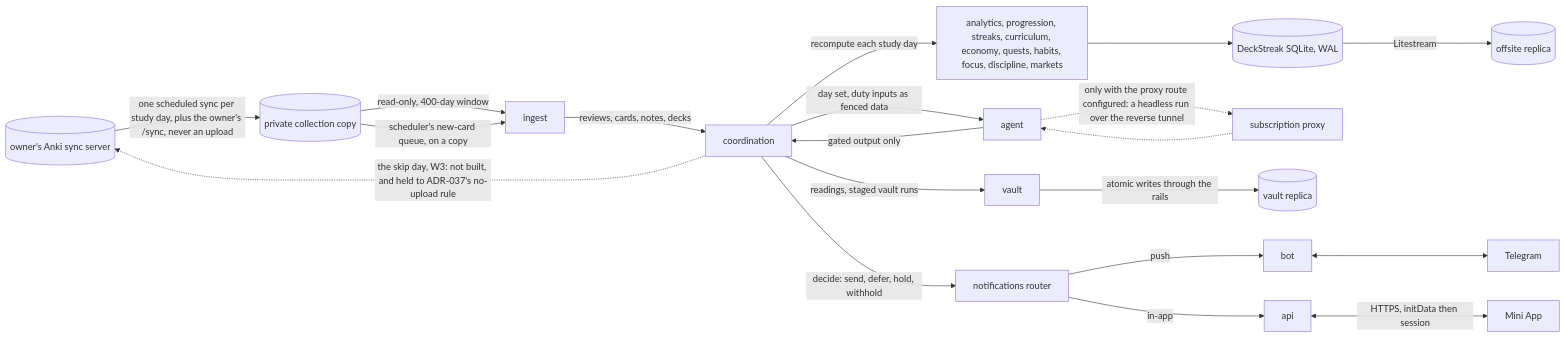
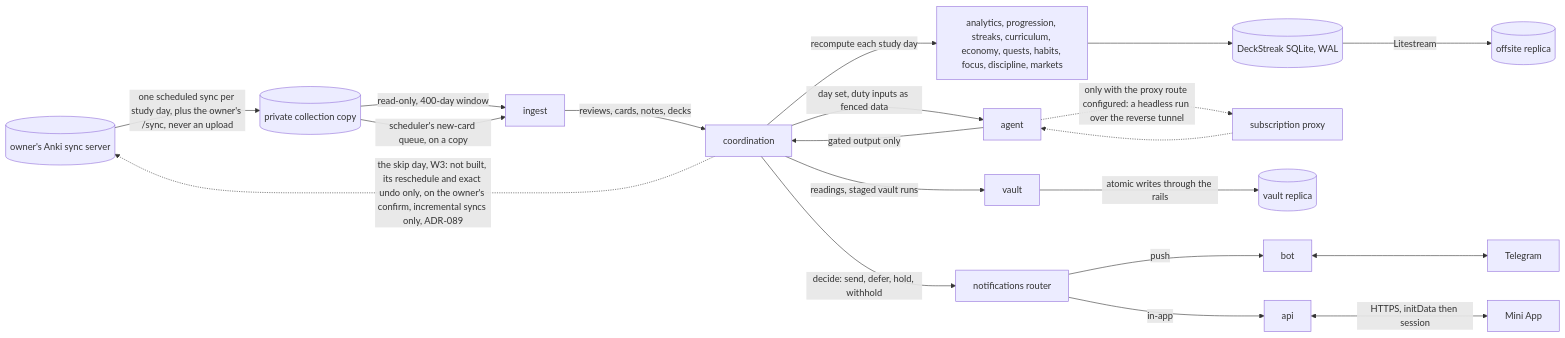
One commit to RexRenatus/deck-streak changed the diagram in docs/schematics/data-flow.md. Above: the diagram before and after it, drawn with Mermaid. The commit also changed other lines of this file and 3 other files, not shown here.

Commit message:
docs(spec): specify the skip day's write and its exact undo

````diff
--- a/docs/schematics/data-flow.md
+++ b/docs/schematics/data-flow.md
@@ -8,22 +8,22 @@
 ```mermaid
 flowchart LR
   server[(owner's Anki sync server)] -->|one scheduled sync per study day, plus the owner's /sync, never an upload| copy[(private collection copy)]
   copy -->|read-only, 400-day window| ingest
   copy -->|scheduler's new-card queue, on a copy| ingest
   ingest -->|reviews, cards, notes, decks| coordination
   coordination -->|recompute each study day| domain[analytics, progression, streaks, curriculum, economy, quests, habits, focus, discipline, markets]
   domain --> db[(DeckStreak SQLite, WAL)]
   db -->|Litestream| replica[(offsite replica)]
   coordination -->|day set, duty inputs as fenced data| agent
   agent -.->|only with the proxy route configured: a headless run over the reverse tunnel| proxy[subscription proxy]
   proxy -.-> agent
   agent -->|gated output only| coordination
   coordination -->|readings, staged vault runs| vault
   vault -->|atomic writes through the rails| replicaVault[(vault replica)]
   coordination -->|decide: send, defer, hold, withhold| router[notifications router]
   router -->|push| bot
   router -->|in-app| api
   bot <--> telegram[Telegram]
   api <-->|HTTPS, initData then session| miniapp[Mini App]
-  coordination -.->|the skip day, W3: not built, and held to ADR-037's no-upload rule| server
+  coordination -.->|the skip day, W3: not built, its reschedule and exact undo only, on the owner's confirm, incremental syncs only, ADR-089| server
 ```
````
